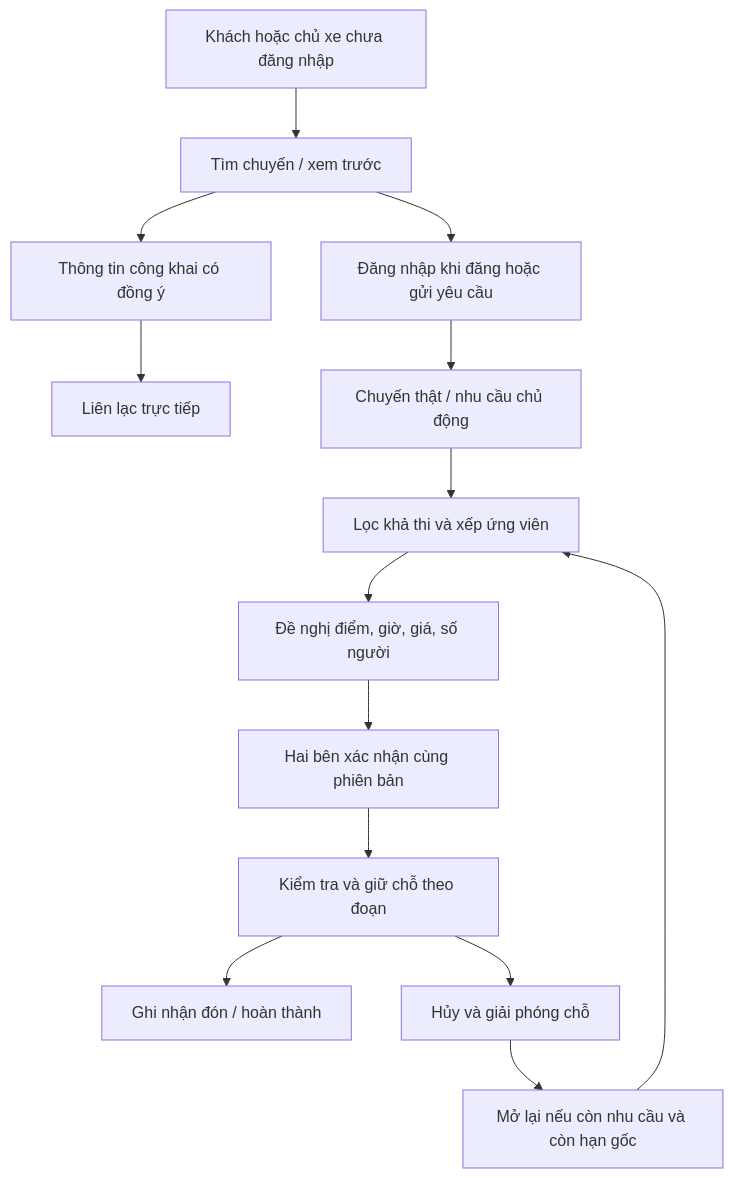
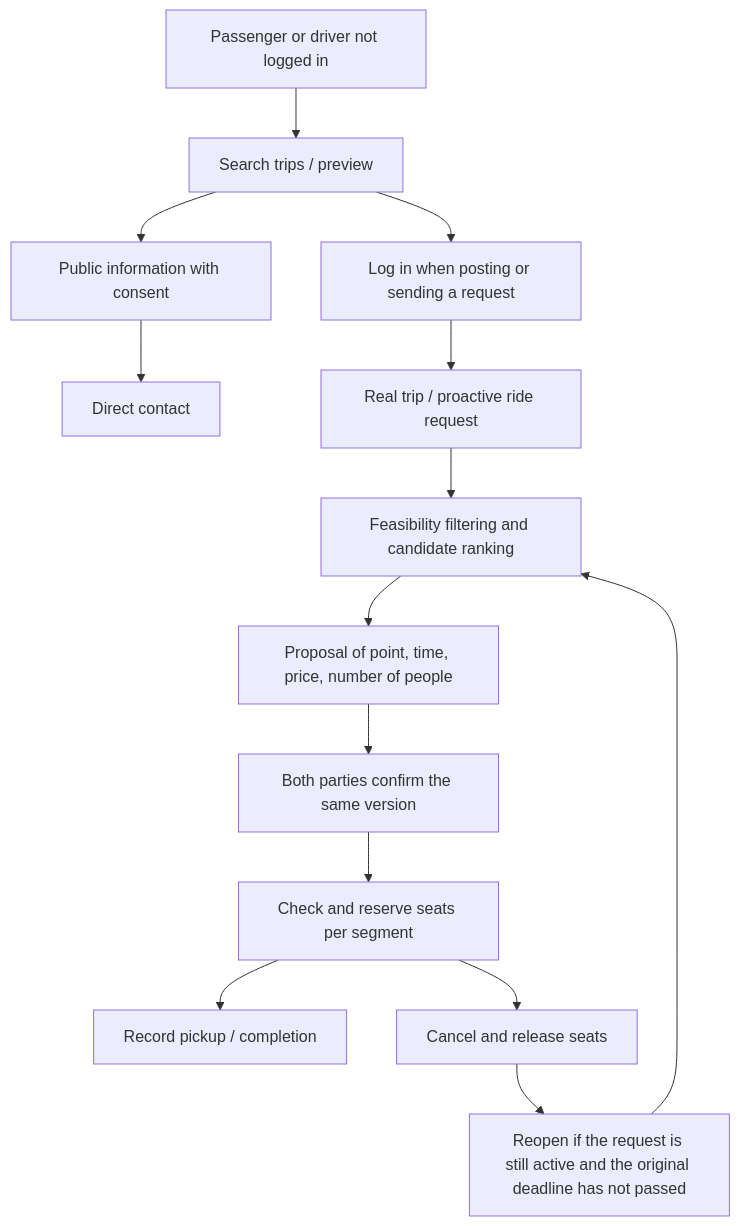
Before and after one commit to brianhuynh2021/carmate: the diagram in ARCHITECTURE.md, drawn with Mermaid. The commit also changed other lines of this file and 162 other files, not shown here.

````diff
--- a/ARCHITECTURE.md
+++ b/ARCHITECTURE.md
@@ -9,16 +9,16 @@
 ```mermaid
 flowchart TD
-  Guest[Khách hoặc chủ xe chưa đăng nhập] --> Search[Tìm chuyến / xem trước]
-  Search --> Public[Thông tin công khai có đồng ý]
-  Public --> Contact[Liên lạc trực tiếp]
-  Search --> Auth[Đăng nhập khi đăng hoặc gửi yêu cầu]
-  Auth --> Trip[Chuyến thật / nhu cầu chủ động]
-  Trip --> Match[Lọc khả thi và xếp ứng viên]
-  Match --> Proposal[Đề nghị điểm, giờ, giá, số người]
-  Proposal --> Confirm[Hai bên xác nhận cùng phiên bản]
-  Confirm --> Capacity[Kiểm tra và giữ chỗ theo đoạn]
-  Capacity --> Journey[Ghi nhận đón / hoàn thành]
-  Capacity --> Cancel[Hủy và giải phóng chỗ]
-  Cancel --> Reopen[Mở lại nếu còn nhu cầu và còn hạn gốc]
+  Guest[Passenger or driver not logged in] --> Search[Search trips / preview]
+  Search --> Public[Public information with consent]
+  Public --> Contact[Direct contact]
+  Search --> Auth[Log in when posting or sending a request]
+  Auth --> Trip[Real trip / proactive ride request]
+  Trip --> Match[Feasibility filtering and candidate ranking]
+  Match --> Proposal[Proposal of point, time, price, number of people]
+  Proposal --> Confirm[Both parties confirm the same version]
+  Confirm --> Capacity[Check and reserve seats per segment]
+  Capacity --> Journey[Record pickup / completion]
+  Capacity --> Cancel[Cancel and release seats]
+  Cancel --> Reopen[Reopen if the request is still active and the original deadline has not passed]
   Reopen --> Match
 ```
````
